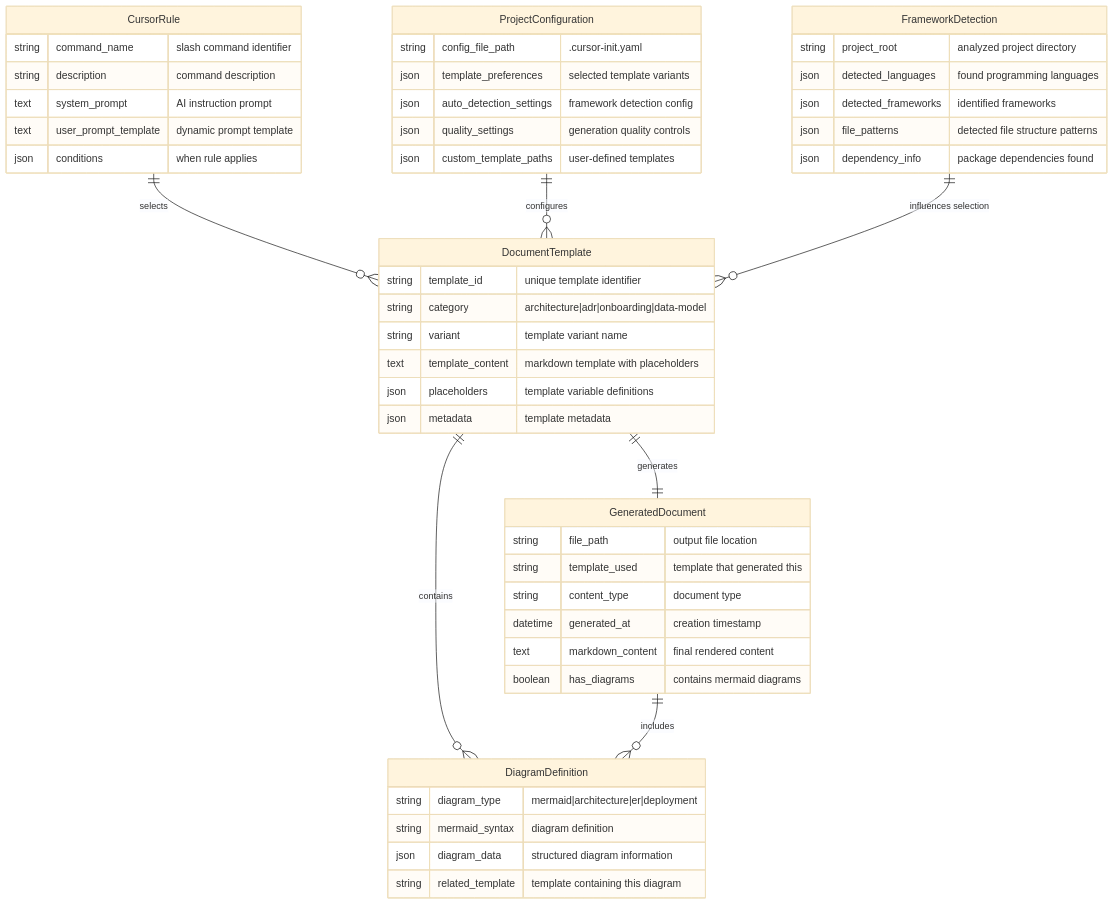
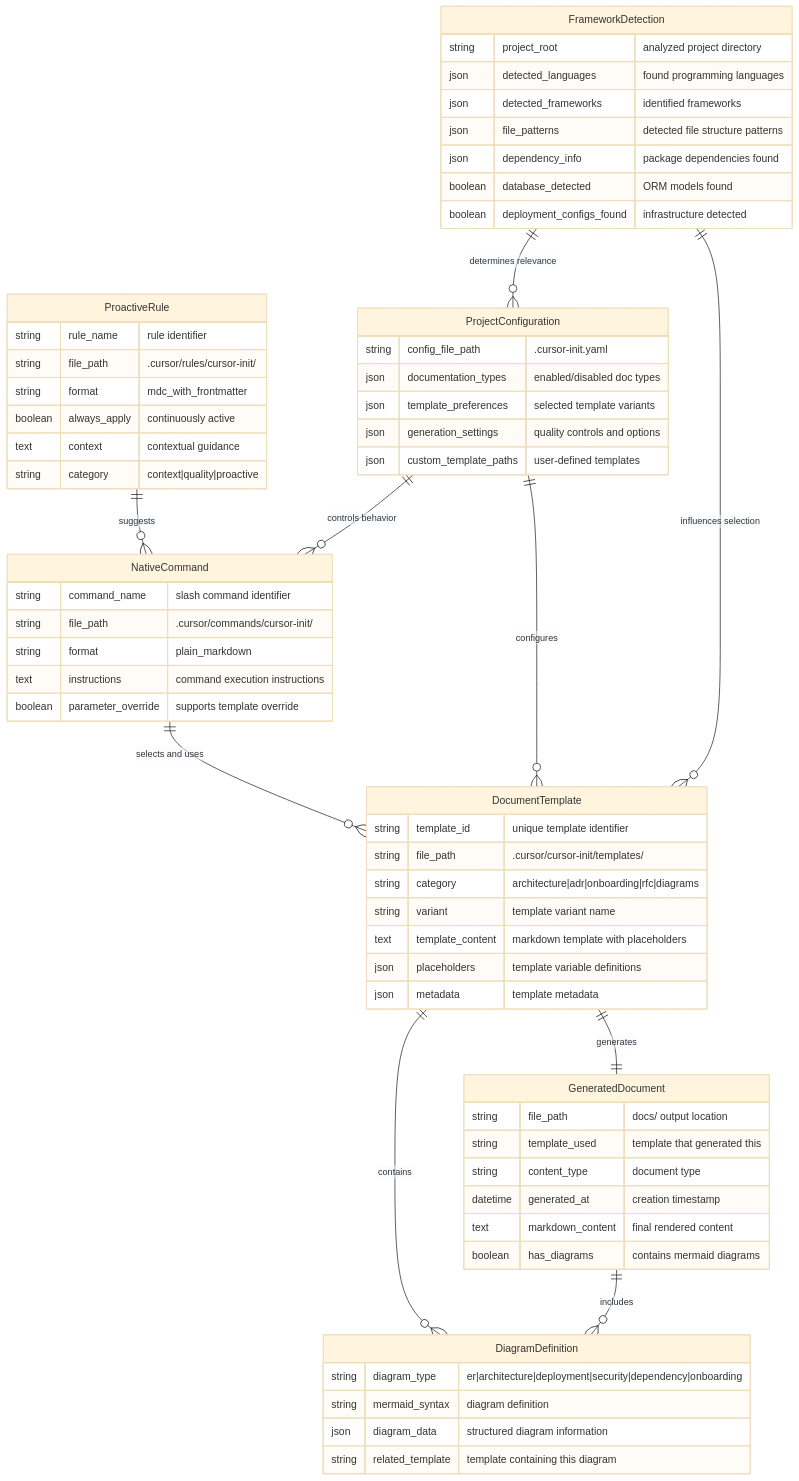
The diagram in docs/data-model.md (mgiovani/ai-cursor-init), drawn with Mermaid (base theme) before and after one commit. The commit also changed other lines of this file and 63 other files, not shown here.

First line of the commit message:
Release v1.0.0: Native Cursor Commands Architecture (#22)

````diff
--- a/docs/data-model.md
+++ b/docs/data-model.md
@@ -13,58 +14,73 @@
 ```mermaid
 erDiagram
-    CursorRule {
+    NativeCommand {
         string command_name "slash command identifier"
-        string description "command description"
-        text system_prompt "AI instruction prompt"
-        text user_prompt_template "dynamic prompt template"
-        json conditions "when rule applies"
+        string file_path ".cursor/commands/cursor-init/"
+        string format "plain_markdown"
+        text instructions "command execution instructions"
+        boolean parameter_override "supports template override"
+    }
+    
+    ProactiveRule {
+        string rule_name "rule identifier"
+        string file_path ".cursor/rules/cursor-init/"
+        string format "mdc_with_frontmatter"
+        boolean always_apply "continuously active"
+        text context "contextual guidance"
+        string category "context|quality|proactive"
     }
     
     DocumentTemplate {
         string template_id "unique template identifier"
-        string category "architecture|adr|onboarding|data-model"
+        string file_path ".cursor/cursor-init/templates/"
+        string category "architecture|adr|onboarding|rfc|diagrams"
         string variant "template variant name"
         text template_content "markdown template with placeholders"
         json placeholders "template variable definitions"
         json metadata "template metadata"
     }
     
     ProjectConfiguration {
         string config_file_path ".cursor-init.yaml"
+        json documentation_types "enabled/disabled doc types"
         json template_preferences "selected template variants"
-        json auto_detection_settings "framework detection config"
-        json quality_settings "generation quality controls"
+        json generation_settings "quality controls and options"
         json custom_template_paths "user-defined templates"
     }
     
     GeneratedDocument {
-        string file_path "output file location"
+        string file_path "docs/ output location"
         string template_used "template that generated this"
         string content_type "document type"
         datetime generated_at "creation timestamp"
         text markdown_content "final rendered content"
         boolean has_diagrams "contains mermaid diagrams"
     }
     
     FrameworkDetection {
         string project_root "analyzed project directory"
         json detected_languages "found programming languages"
         json detected_frameworks "identified frameworks"
         json file_patterns "detected file structure patterns"
         json dependency_info "package dependencies found"
+        boolean database_detected "ORM models found"
+        boolean deployment_configs_found "infrastructure detected"
     }
     
     DiagramDefinition {
-        string diagram_type "mermaid|architecture|er|deployment"
+        string diagram_type "er|architecture|deployment|security|dependency|onboarding"
         string mermaid_syntax "diagram definition"
         json diagram_data "structured diagram information"
         string related_template "template containing this diagram"
     }
     
-    CursorRule ||--o{ DocumentTemplate : "selects"
+    NativeCommand ||--o{ DocumentTemplate : "selects and uses"
+    ProactiveRule ||--o{ NativeCommand : "suggests"
     ProjectConfiguration ||--o{ DocumentTemplate : "configures"
+    ProjectConfiguration ||--o{ NativeCommand : "controls behavior"
     DocumentTemplate ||--|| GeneratedDocument : "generates"
     FrameworkDetection ||--o{ DocumentTemplate : "influences selection"
+    FrameworkDetection ||--o{ ProjectConfiguration : "determines relevance"
     DocumentTemplate ||--o{ DiagramDefinition : "contains"
     GeneratedDocument ||--o{ DiagramDefinition : "includes"
 ```
````
